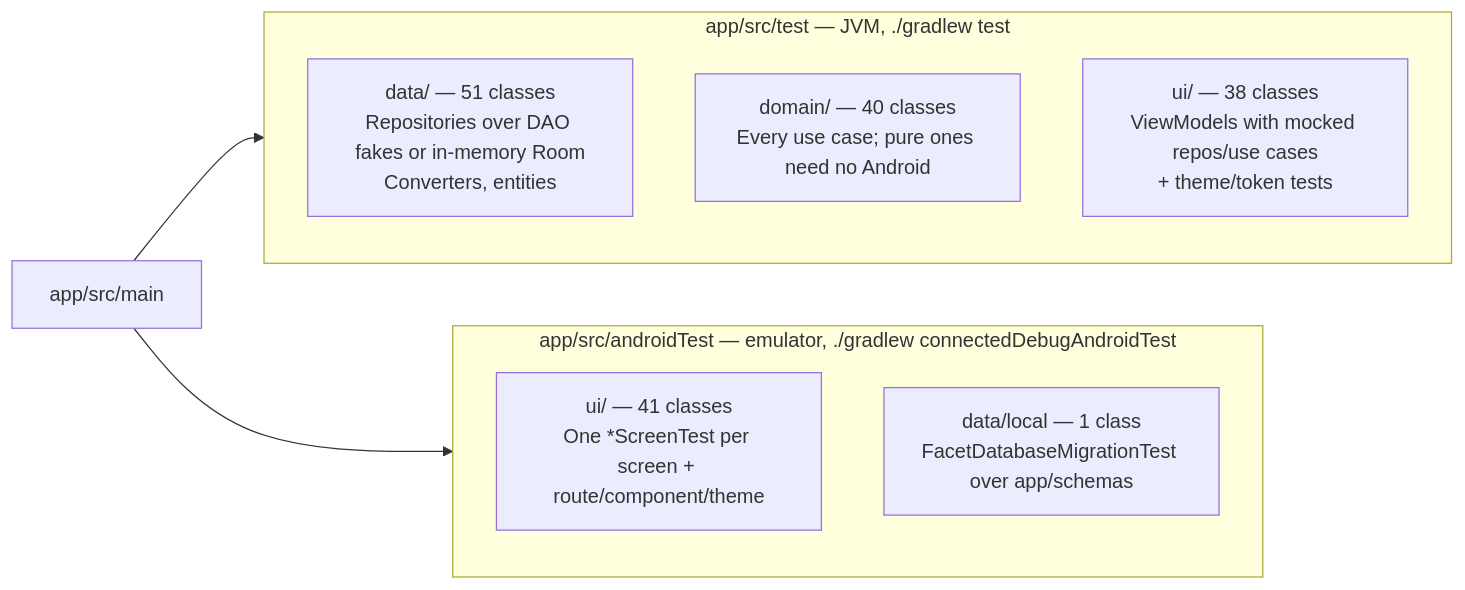
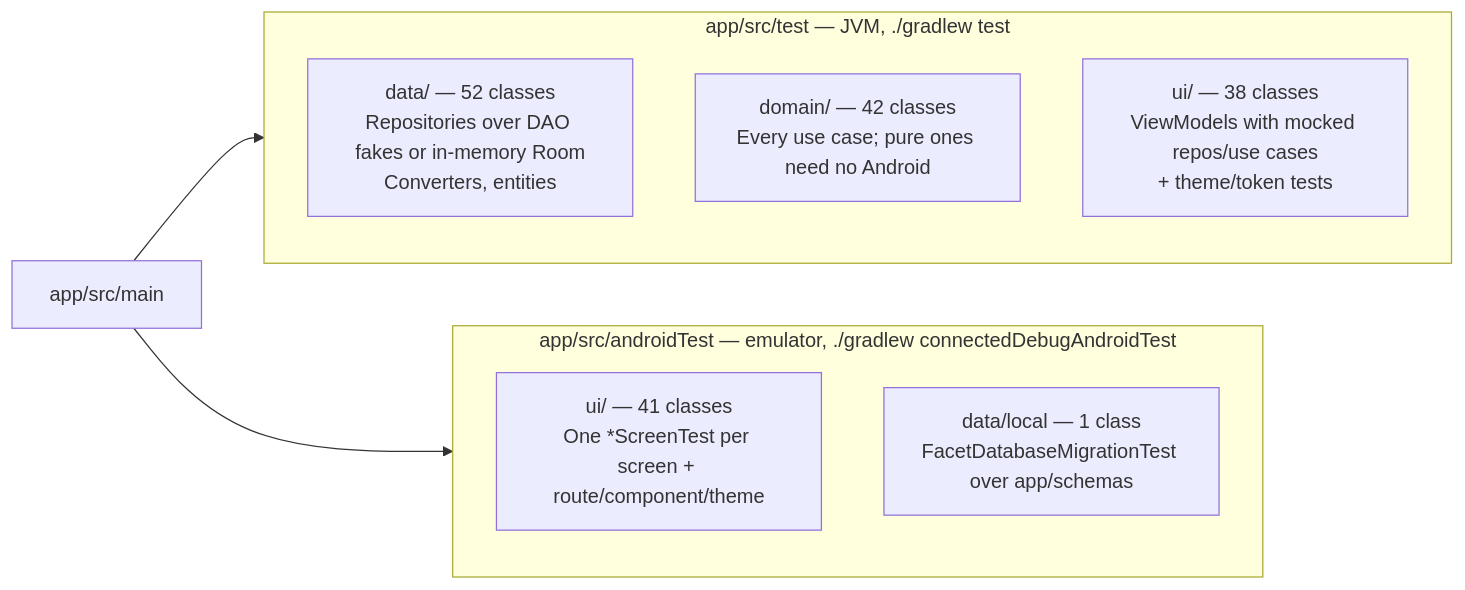
One commit to rohitganjam/facet-launcher changed the diagram in docs/architecture/06-testing.md. Above: the diagram before and after it, drawn with Mermaid. The commit also changed 57 other files, not shown here.

````diff
--- a/docs/architecture/06-testing.md
+++ b/docs/architecture/06-testing.md
@@ -13,16 +13,16 @@
 ```mermaid
 flowchart LR
     subgraph UNIT["app/src/test — JVM, ./gradlew test"]
         direction TB
-        U1["data/ — 51 classes\nRepositories over DAO fakes or in-memory Room\nConverters, entities"]
-        U2["domain/ — 40 classes\nEvery use case; pure ones need no Android"]
+        U1["data/ — 52 classes\nRepositories over DAO fakes or in-memory Room\nConverters, entities"]
+        U2["domain/ — 42 classes\nEvery use case; pure ones need no Android"]
         U3["ui/ — 38 classes\nViewModels with mocked repos/use cases\n+ theme/token tests"]
     end
     subgraph INST["app/src/androidTest — emulator, ./gradlew connectedDebugAndroidTest"]
         direction TB
         I1["ui/ — 41 classes\nOne *ScreenTest per screen + route/component/theme"]
         I2["data/local — 1 class\nFacetDatabaseMigrationTest over app/schemas"]
     end
     CODE["app/src/main"] --> UNIT
     CODE --> INST
 ```
````
